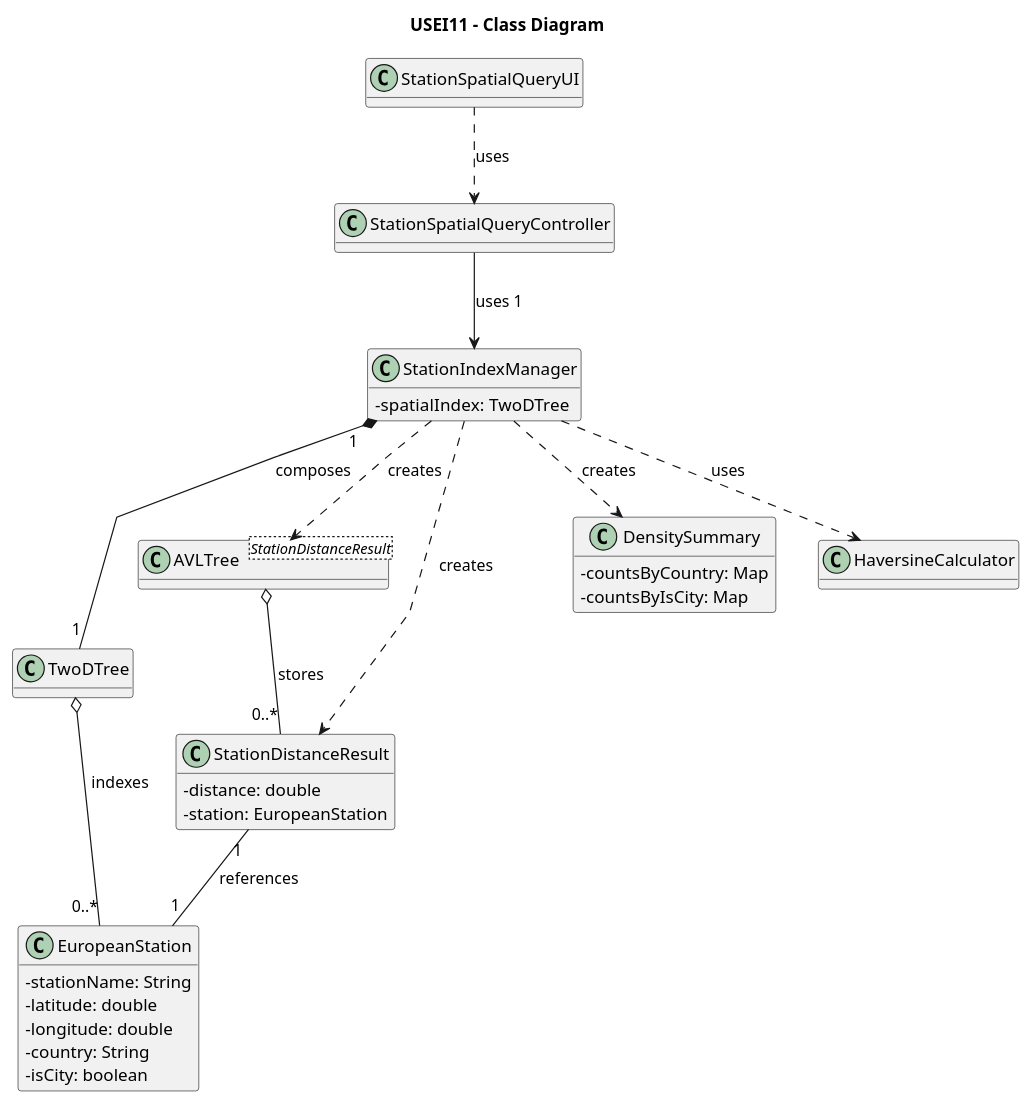
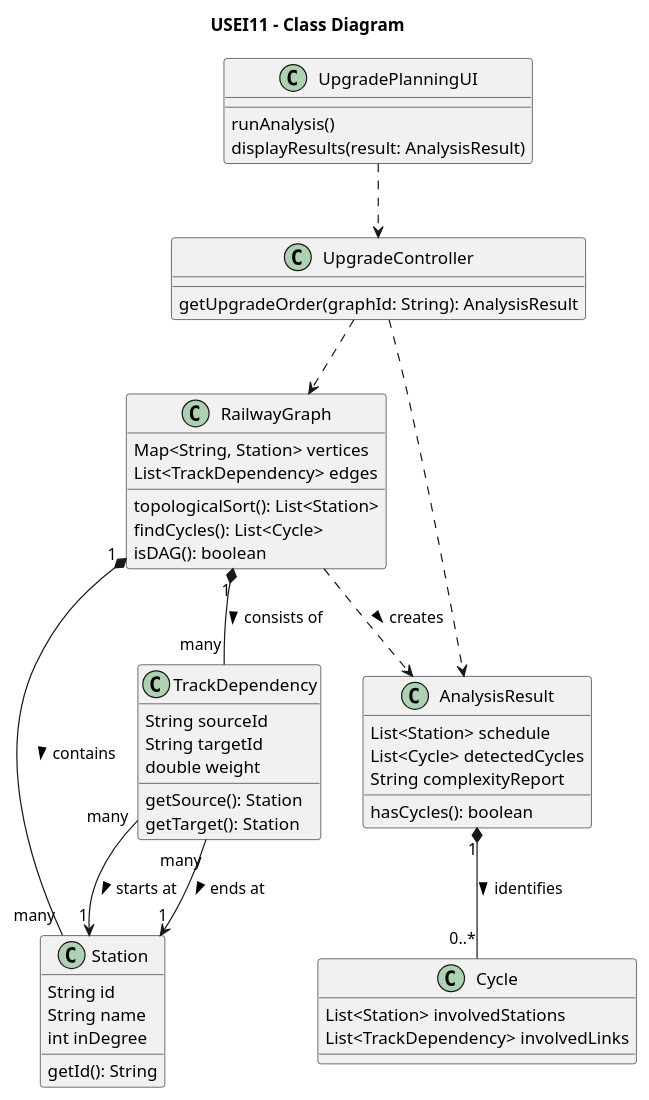
One commit to Departamento-de-Engenharia-Informatica/sem3-pi-25-26-g023-repo changed the diagram in src/doc/ESINF/USEI11/03.design/puml/USEI11-CD.puml. Above: the diagram before and after it, drawn with PlantUML. The commit also changed 3 other files, not shown here.

```diff
--- a/src/doc/ESINF/USEI11/03.design/puml/USEI11-CD.puml
+++ b/src/doc/ESINF/USEI11/03.design/puml/USEI11-CD.puml
@@ -1,78 +1,64 @@
 @startuml ClassDiagram
 
 title USEI11 - Class Diagram
 
-hide method
-skinparam packageStyle rectangle
-skinparam shadowing false
-skinparam linetype polyline
-skinparam classAttributeIconSize 0
 
-class StationSpatialQueryUI {
-  ' Handles user interaction for spatial queries
+' Entidades Principais
+class UpgradePlanningUI {
+    runAnalysis()
+    displayResults(result: AnalysisResult)
 }
 
-class StationSpatialQueryController {
-  ' Coordinates spatial search requests
+class UpgradeController {
+    getUpgradeOrder(graphId: String): AnalysisResult
 }
 
-class StationIndexManager {
-  ' Holds the spatial index (from USEI07)
-  - spatialIndex: TwoDTree
+class Station {
+    String id
+    String name
+    int inDegree
+    getId(): String
 }
 
-class EuropeanStation {
-  - stationName: String
-  - latitude: double
-  - longitude: double
-  - country: String
-  - isCity: boolean
+class TrackDependency {
+    String sourceId
+    String targetId
+    double weight
+    getSource(): Station
+    getTarget(): Station
 }
 
-' Index from USEI07
-class TwoDTree {
+class RailwayGraph {
+    Map<String, Station> vertices
+    List<TrackDependency> edges
+    topologicalSort(): List<Station>
+    findCycles(): List<Cycle>
+    isDAG(): boolean
 }
 
-' Result Tree (AC3)
-class AVLTree<StationDistanceResult> {
+class AnalysisResult {
+    List<Station> schedule
+    List<Cycle> detectedCycles
+    String complexityReport
+    hasCycles(): boolean
 }
 
-' DTO for sorted results (AC4)
-' Implements Comparable to sort by dist ASC, name DESC
-class StationDistanceResult {
-  - distance: double
-  - station: EuropeanStation
+class Cycle {
+    List<Station> involvedStations
+    List<TrackDependency> involvedLinks
 }
 
-' DTO for summary (AC5)
-class DensitySummary {
-  - countsByCountry: Map
-  - countsByIsCity: Map
-}
+' Relacionamentos
+UpgradePlanningUI ..> UpgradeController
+UpgradeController ..> RailwayGraph
+UpgradeController ..> AnalysisResult
 
-' Helper for distance (AC1)
-class HaversineCalculator {
-}
+RailwayGraph "1" *-- "many" Station : contains >
+RailwayGraph "1" *-- "many" TrackDependency : consists of >
+TrackDependency "many" --> "1" Station : starts at >
+TrackDependency "many" --> "1" Station : ends at >
 
-' Relationships
-StationSpatialQueryUI ..> StationSpatialQueryController : uses
-
-StationSpatialQueryController --> StationIndexManager : uses 1
-
-' Manager holds the 2D-Tree built in USEI07
-StationIndexManager "1" *-- "1" TwoDTree : composes
-TwoDTree o-- "0..*" EuropeanStation : indexes
-
-' Manager uses the calculator
-StationIndexManager ..> HaversineCalculator : uses
-
-' The manager creates these DTOs and the result tree
-StationIndexManager ..> StationDistanceResult : creates
-StationIndexManager ..> DensitySummary : creates
-StationIndexManager ..> AVLTree : creates
-
-' The result tree stores the sorted DTOs
-AVLTree o-- "0..*" StationDistanceResult : stores
-StationDistanceResult "1" -- "1" EuropeanStation : references
+RailwayGraph ..> AnalysisResult : creates >
+AnalysisResult "1" *-- "0..*" Cycle : identifies >
 
 @enduml
```
